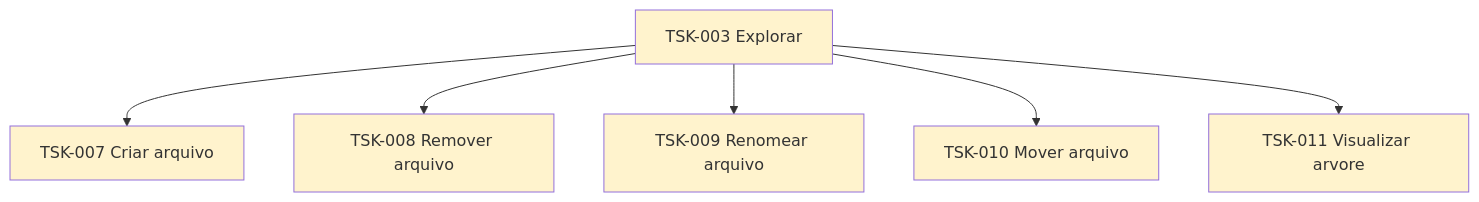
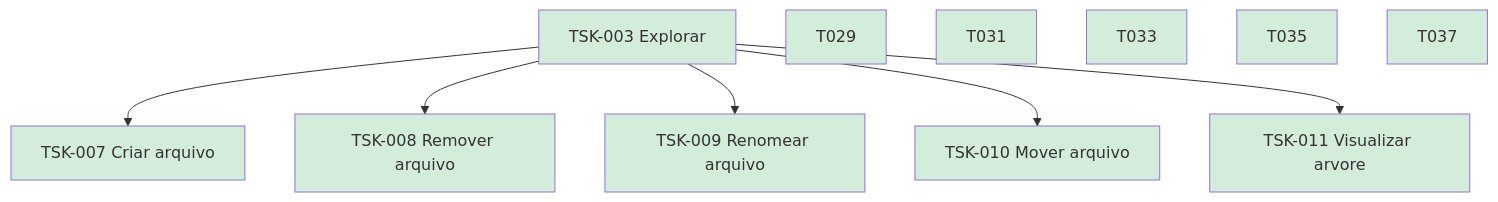
One commit to laerciogermano/workstation changed the diagram in flow/tasks/TSK-001-criar-epico/TSK-002-criar-as-historias/TSK-003-explorar/README.md. Above: the diagram before and after it, drawn with Mermaid. The commit also changed other lines of this file and 21 other files, not shown here.

````diff
--- a/flow/tasks/TSK-001-criar-epico/TSK-002-criar-as-historias/TSK-003-explorar/README.md
+++ b/flow/tasks/TSK-001-criar-epico/TSK-002-criar-as-historias/TSK-003-explorar/README.md
@@ -12,20 +12,25 @@
 ```mermaid
 flowchart TD
   T003[TSK-003 Explorar]
   T007[TSK-007 Criar arquivo]
   T008[TSK-008 Remover arquivo]
   T009[TSK-009 Renomear arquivo]
   T010[TSK-010 Mover arquivo]
   T011[TSK-011 Visualizar arvore]
   T003 --> T007
   T003 --> T008
   T003 --> T009
   T003 --> T010
   T003 --> T011
-  style T003 fill:#fff3cd
-  style T007 fill:#fff3cd
-  style T008 fill:#fff3cd
-  style T009 fill:#fff3cd
-  style T010 fill:#fff3cd
-  style T011 fill:#fff3cd
+  style T003 fill:#d4edda
+  style T007 fill:#d4edda
+  style T008 fill:#d4edda
+  style T009 fill:#d4edda
+  style T010 fill:#d4edda
+  style T011 fill:#d4edda
+  style T029 fill:#d4edda
+  style T031 fill:#d4edda
+  style T033 fill:#d4edda
+  style T035 fill:#d4edda
+  style T037 fill:#d4edda
 ```
````
